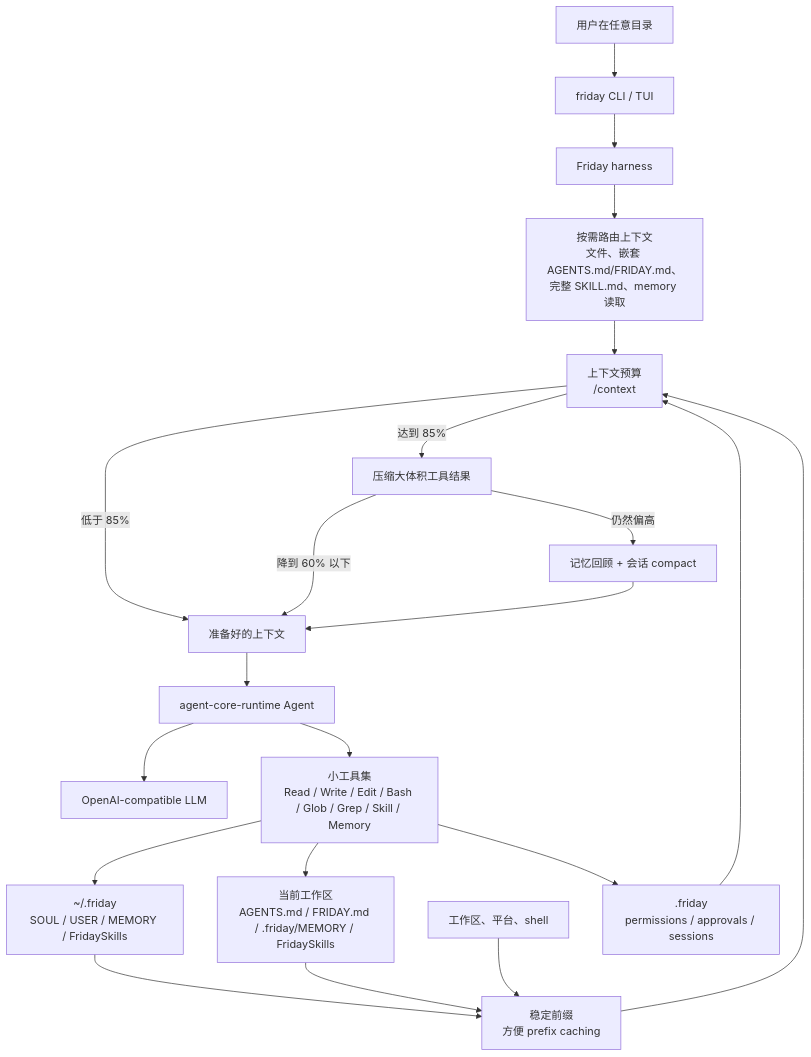
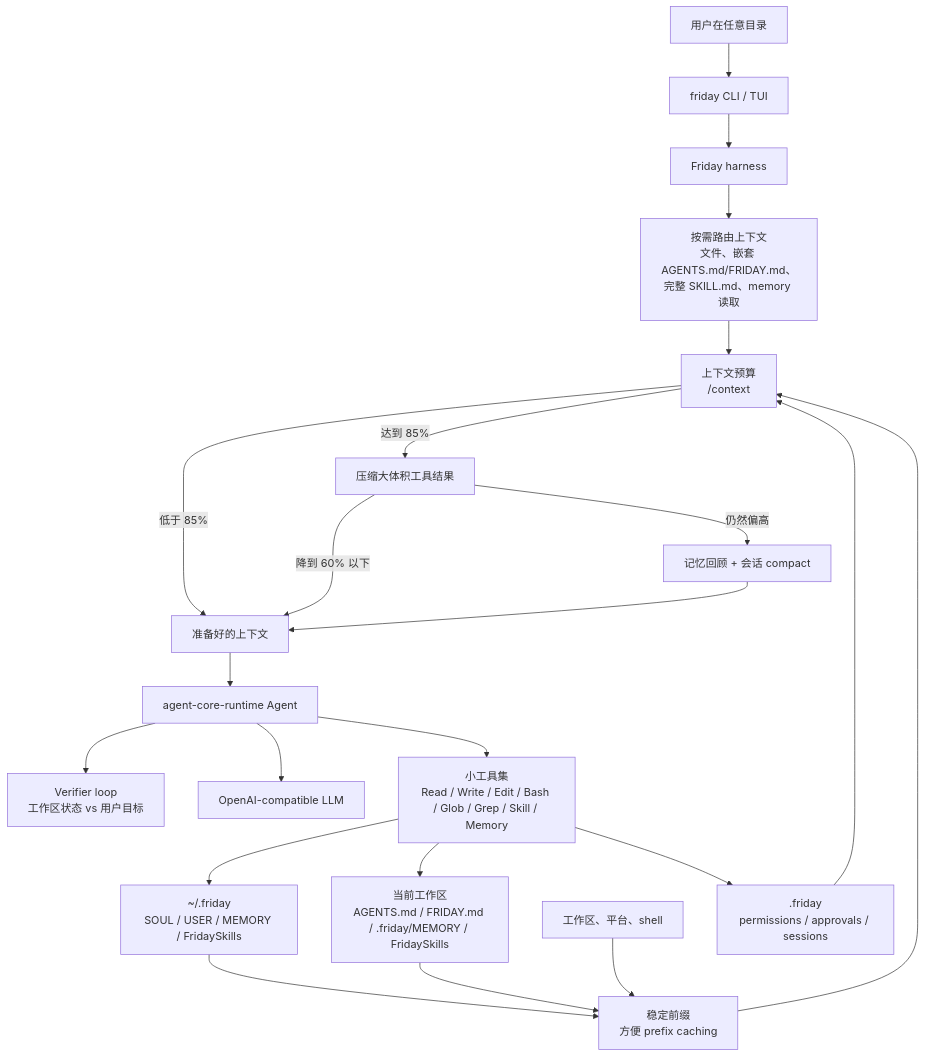
Before and after one commit to Lancetwang/friday: the diagram in README.zh-CN.md, drawn with Mermaid. The commit also changed other lines of this file and 12 other files, not shown here.

````diff
--- a/README.zh-CN.md
+++ b/README.zh-CN.md
@@ -29,27 +31,28 @@
 ```mermaid
 flowchart TD
     User["用户在任意目录"] --> CLI["friday CLI / TUI"]
     CLI --> Harness["Friday harness"]
 
     Home["~/.friday<br/>SOUL / USER / MEMORY / FridaySkills"] --> Prefix["稳定前缀<br/>方便 prefix caching"]
     Project["当前工作区<br/>AGENTS.md / FRIDAY.md / .friday/MEMORY / FridaySkills"] --> Prefix
     Env["工作区、平台、shell"] --> Prefix
     Prefix --> Budget["上下文预算<br/>/context"]
 
     Harness --> Routed["按需路由上下文<br/>文件、嵌套 AGENTS.md/FRIDAY.md、完整 SKILL.md、memory 读取"]
     Routed --> Budget
     State[".friday<br/>permissions / approvals / sessions"] --> Budget
 
     Budget -->|"低于 85%"| Ready["准备好的上下文"]
     Budget -->|"达到 85%"| ToolCompact["压缩大体积工具结果"]
     ToolCompact -->|"降到 60% 以下"| Ready
     ToolCompact -->|"仍然偏高"| LLMCompact["记忆回顾 + 会话 compact"]
     LLMCompact --> Ready
 
     Ready --> Runtime["agent-core-runtime Agent"]
+    Runtime --> Verify["Verifier loop<br/>工作区状态 vs 用户目标"]
     Runtime --> LLM["OpenAI-compatible LLM"]
     Runtime --> Tools["小工具集<br/>Read / Write / Edit / Bash / Glob / Grep / Skill / Memory"]
     Tools --> State
     Tools --> Home
     Tools --> Project
 ```
````
